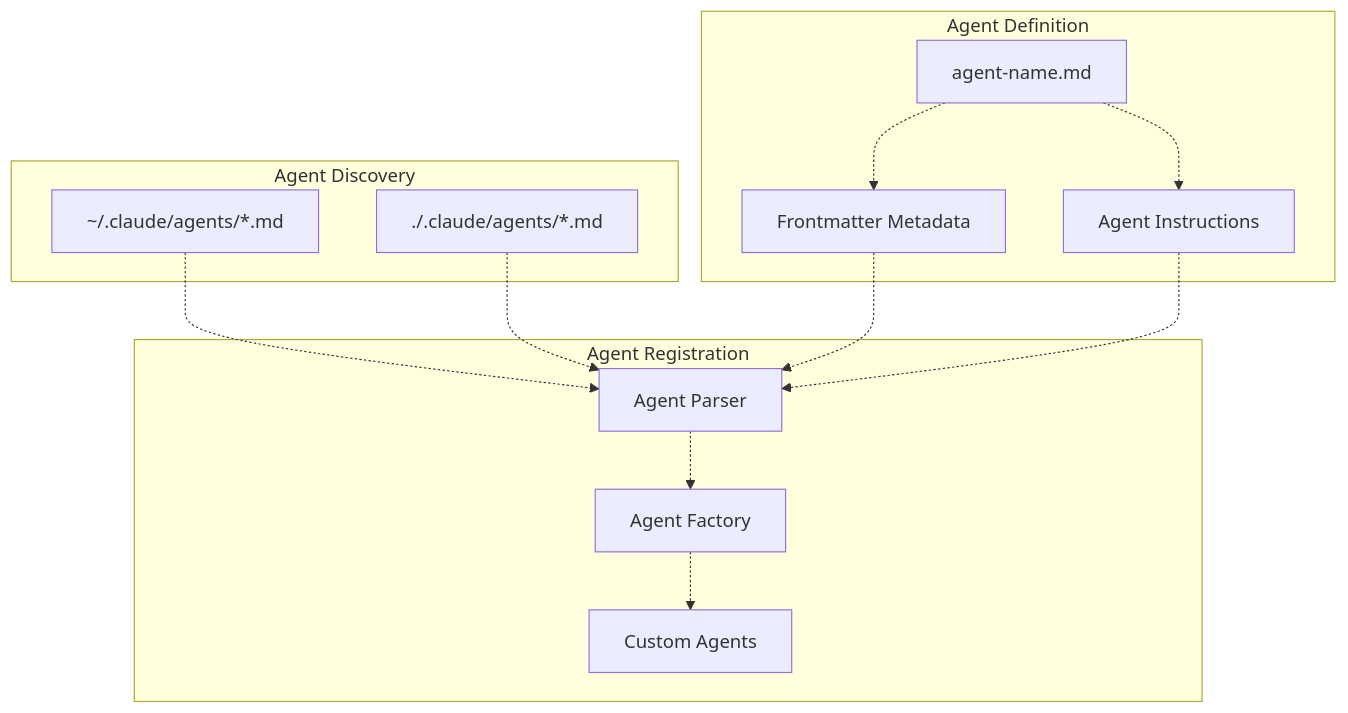
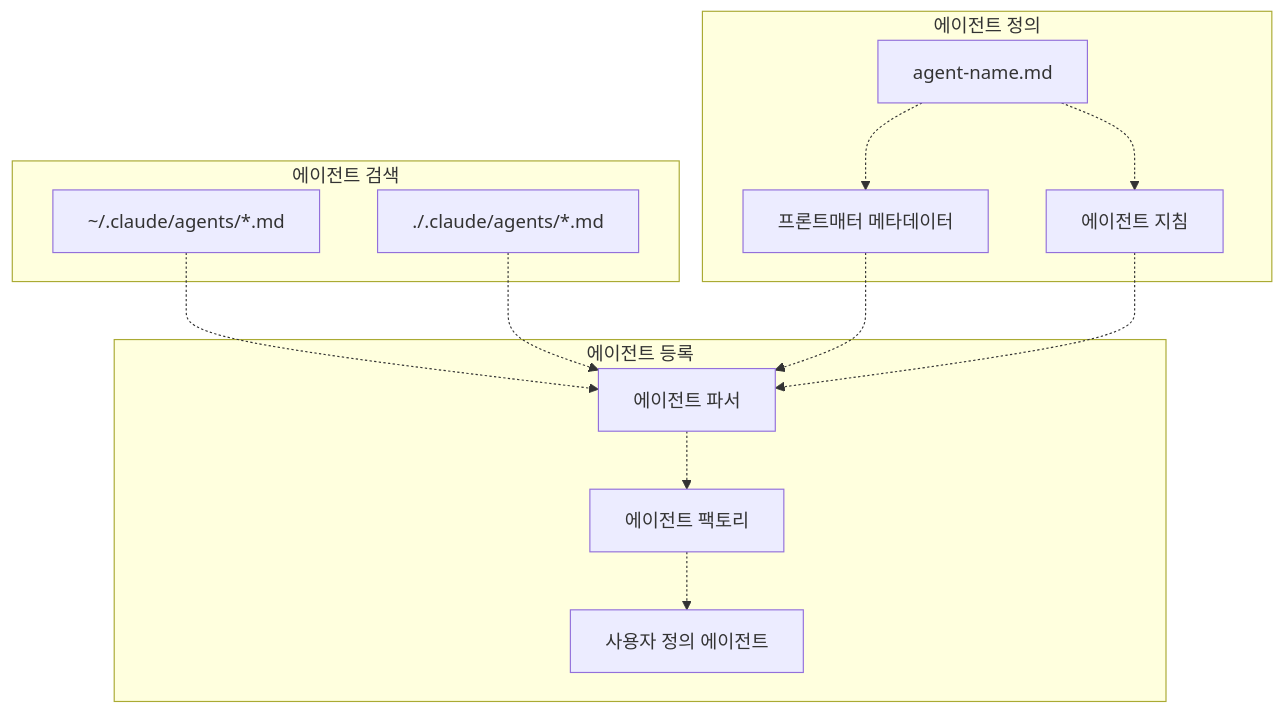
One commit to felipetruman/oh-my-opencode-docs changed the fifth of 11 diagrams in docs/compatibility/claude-code-compatibility.md. Above: the diagram before and after it, drawn with Mermaid. The commit also changed other lines of this file and 76 other files, not shown here.

````diff
--- a/docs/compatibility/claude-code-compatibility.md
+++ b/docs/compatibility/claude-code-compatibility.md
@@ -321,38 +321,38 @@
 ```mermaid
 flowchart TD
 
 UserAgents["~/.claude/agents/*.md"]
 ProjectAgents["./.claude/agents/*.md"]
 AgentMD["agent-name.md"]
-AgentMetadata["Frontmatter Metadata"]
-AgentPrompt["Agent Instructions"]
-AgentParser["Agent Parser"]
-AgentFactory["Agent Factory"]
-CustomAgents["Custom Agents"]
+AgentMetadata["프론트매터 메타데이터"]
+AgentPrompt["에이전트 지침"]
+AgentParser["에이전트 파서"]
+AgentFactory["에이전트 팩토리"]
+CustomAgents["사용자 정의 에이전트"]
 
 UserAgents -.-> AgentParser
 ProjectAgents -.-> AgentParser
 AgentMetadata -.-> AgentParser
 AgentPrompt -.-> AgentParser
 
-subgraph subGraph2 ["Agent Registration"]
+subgraph subGraph2 ["에이전트 등록"]
     AgentParser
     AgentFactory
     CustomAgents
     AgentParser -.-> AgentFactory
     AgentFactory -.-> CustomAgents
 end
 
-subgraph subGraph1 ["Agent Definition"]
+subgraph subGraph1 ["에이전트 정의"]
     AgentMD
     AgentMetadata
     AgentPrompt
     AgentMD -.-> AgentMetadata
     AgentMD -.-> AgentPrompt
 end
 
-subgraph subGraph0 ["Agent Discovery"]
+subgraph subGraph0 ["에이전트 검색"]
     UserAgents
     ProjectAgents
 end
 ```
````
